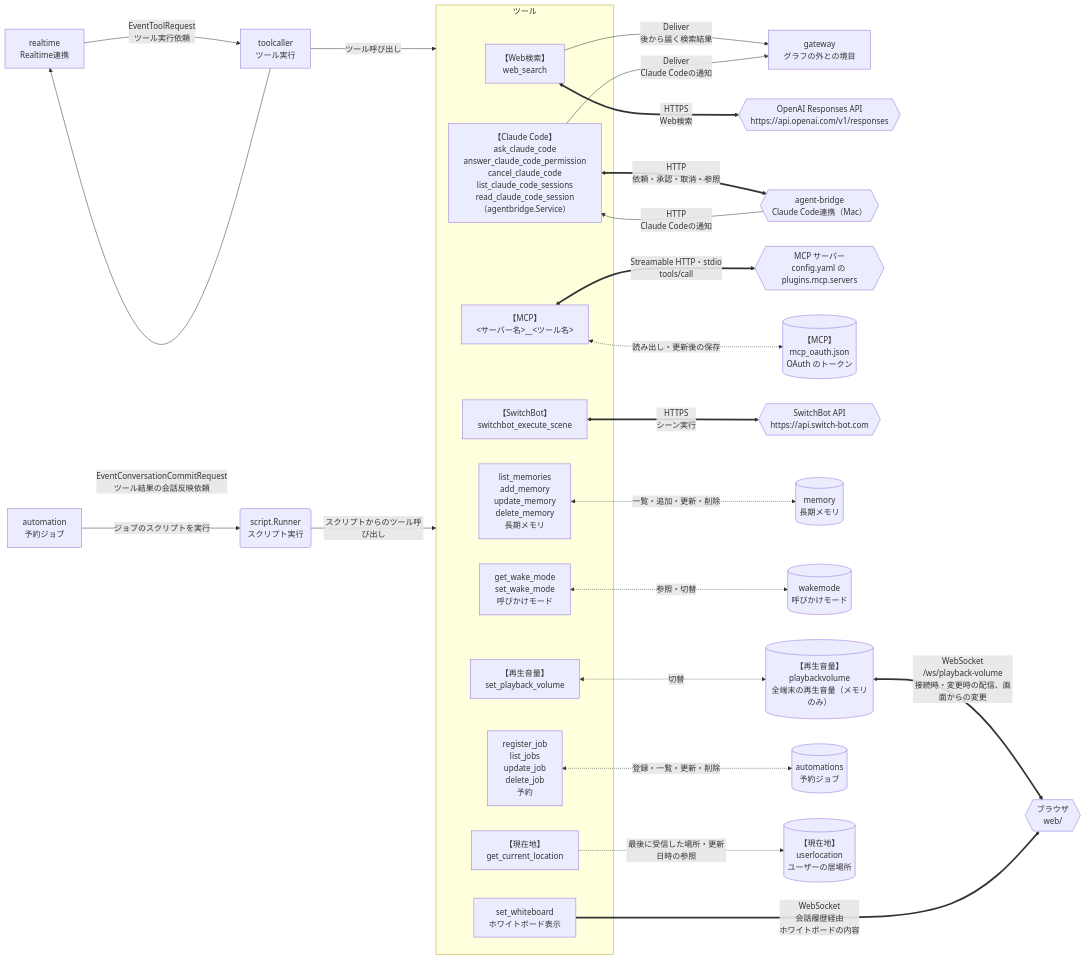
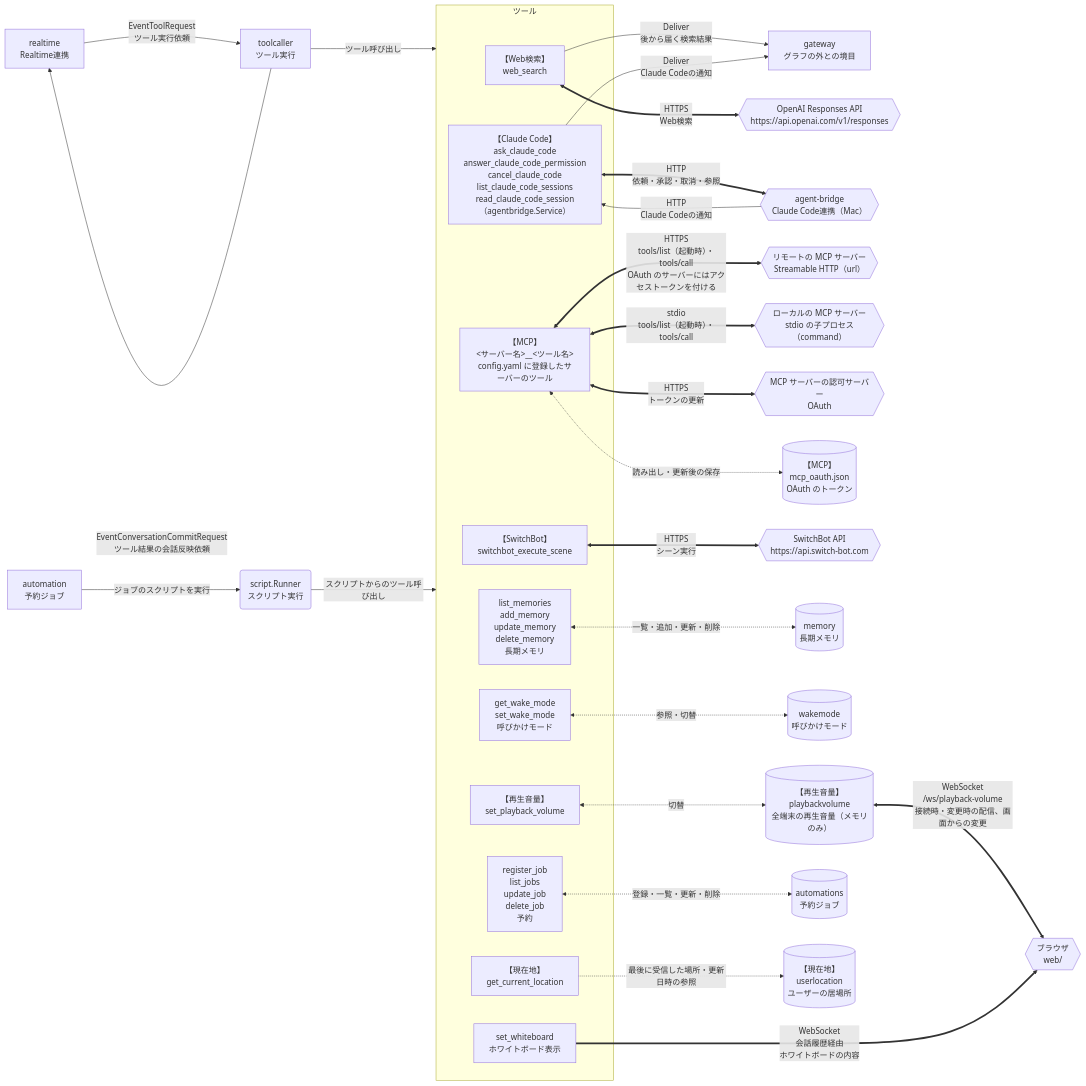
The third of 5 diagrams in README.md (tetetratra/smart-speaker), drawn with Mermaid before and after one commit. The commit also changed other lines of this file, not shown here.

First line of the commit message:
README の図に MCP を載せる

````diff
--- a/README.md
+++ b/README.md
@@ -172,56 +172,60 @@
 ```mermaid
 flowchart LR
     rt["realtime<br/>Realtime連携"]
     tool["toolcaller<br/>ツール実行"]
     scheduler["automation<br/>予約ジョブ"]
     runner("script.Runner<br/>スクリプト実行")
     gateway["gateway<br/>グラフの外との境目"]
 
     subgraph toolset["ツール"]
         webSearchTool["【Web検索】<br/>web_search"]
         claudeCodeTool["【Claude Code】<br/>ask_claude_code<br/>answer_claude_code_permission<br/>cancel_claude_code<br/>list_claude_code_sessions<br/>read_claude_code_session<br/>（agentbridge.Service）"]
-        mcpTool["【MCP】<br/>&lt;サーバー名&gt;__&lt;ツール名&gt;"]
+        mcpTool["【MCP】<br/>&lt;サーバー名&gt;__&lt;ツール名&gt;<br/>config.yaml に登録したサーバーのツール"]
         switchBotTool["【SwitchBot】<br/>switchbot_execute_scene"]
         memoryTool["list_memories<br/>add_memory<br/>update_memory<br/>delete_memory<br/>長期メモリ"]
         wakeModeTool["get_wake_mode<br/>set_wake_mode<br/>呼びかけモード"]
         volumeTool["【再生音量】<br/>set_playback_volume"]
         automationTool["register_job<br/>list_jobs<br/>update_job<br/>delete_job<br/>予約"]
         whiteboardTool["set_whiteboard<br/>ホワイトボード表示"]
         locationTool["【現在地】<br/>get_current_location"]
     end
 
 
     openaiResponses{{"OpenAI Responses API<br/>https://api.openai.com/v1/responses"}}
     agentBridge{{"agent-bridge<br/>Claude Code連携（Mac）"}}
-    mcpServer{{"MCP サーバー<br/>config.yaml の plugins.mcp.servers"}}
+    mcpRemote{{"リモートの MCP サーバー<br/>Streamable HTTP（url）"}}
+    mcpLocal{{"ローカルの MCP サーバー<br/>stdio の子プロセス（command）"}}
+    mcpAuthServer{{"MCP サーバーの認可サーバー<br/>OAuth"}}
     mcpTokenStore[("【MCP】<br/>mcp_oauth.json<br/>OAuth のトークン")]
     switchBot{{"SwitchBot API<br/>https://api.switch-bot.com"}}
     memoryStore[("memory<br/>長期メモリ")]
     wakeModeStore[("wakemode<br/>呼びかけモード")]
     volumeStore[("【再生音量】<br/>playbackvolume<br/>全端末の再生音量（メモリのみ）")]
     automationStore[("automations<br/>予約ジョブ")]
     locationStore[("【現在地】<br/>userlocation<br/>ユーザーの居場所")]
     browser{{"ブラウザ<br/>web/"}}
 
     rt -->|"EventToolRequest<br/>ツール実行依頼"| tool
     tool -->|"EventConversationCommitRequest<br/>ツール結果の会話反映依頼"| rt
     tool -->|"ツール呼び出し"| toolset
     scheduler -->|"ジョブのスクリプトを実行"| runner
     runner -->|"スクリプトからのツール呼び出し"| toolset
 
     webSearchTool <==>|"HTTPS<br/>Web検索"| openaiResponses
     webSearchTool -->|"Deliver<br/>後から届く検索結果"| gateway
     claudeCodeTool <==>|"HTTP<br/>依頼・承認・取消・参照"| agentBridge
     agentBridge -->|"HTTP<br/>Claude Codeの通知"| claudeCodeTool
     claudeCodeTool -->|"Deliver<br/>Claude Codeの通知"| gateway
-    mcpTool <==>|"Streamable HTTP・stdio<br/>tools/call"| mcpServer
+    mcpTool <==>|"HTTPS<br/>tools/list（起動時）・tools/call<br/>OAuth のサーバーにはアクセストークンを付ける"| mcpRemote
+    mcpTool <==>|"stdio<br/>tools/list（起動時）・tools/call"| mcpLocal
+    mcpTool <==>|"HTTPS<br/>トークンの更新"| mcpAuthServer
     mcpTool <-.->|"読み出し・更新後の保存"| mcpTokenStore
     switchBotTool <==>|"HTTPS<br/>シーン実行"| switchBot
     memoryTool <-.->|"一覧・追加・更新・削除"| memoryStore
     wakeModeTool <-.->|"参照・切替"| wakeModeStore
     volumeTool <-.->|"切替"| volumeStore
     volumeStore <==>|"WebSocket<br/>/ws/playback-volume<br/>接続時・変更時の配信、画面からの変更"| browser
     automationTool <-.->|"登録・一覧・更新・削除"| automationStore
     locationTool -.->|"最後に受信した場所・更新日時の参照"| locationStore
     whiteboardTool ==>|"WebSocket<br/>会話履歴経由<br/>ホワイトボードの内容"| browser
 ```
````
